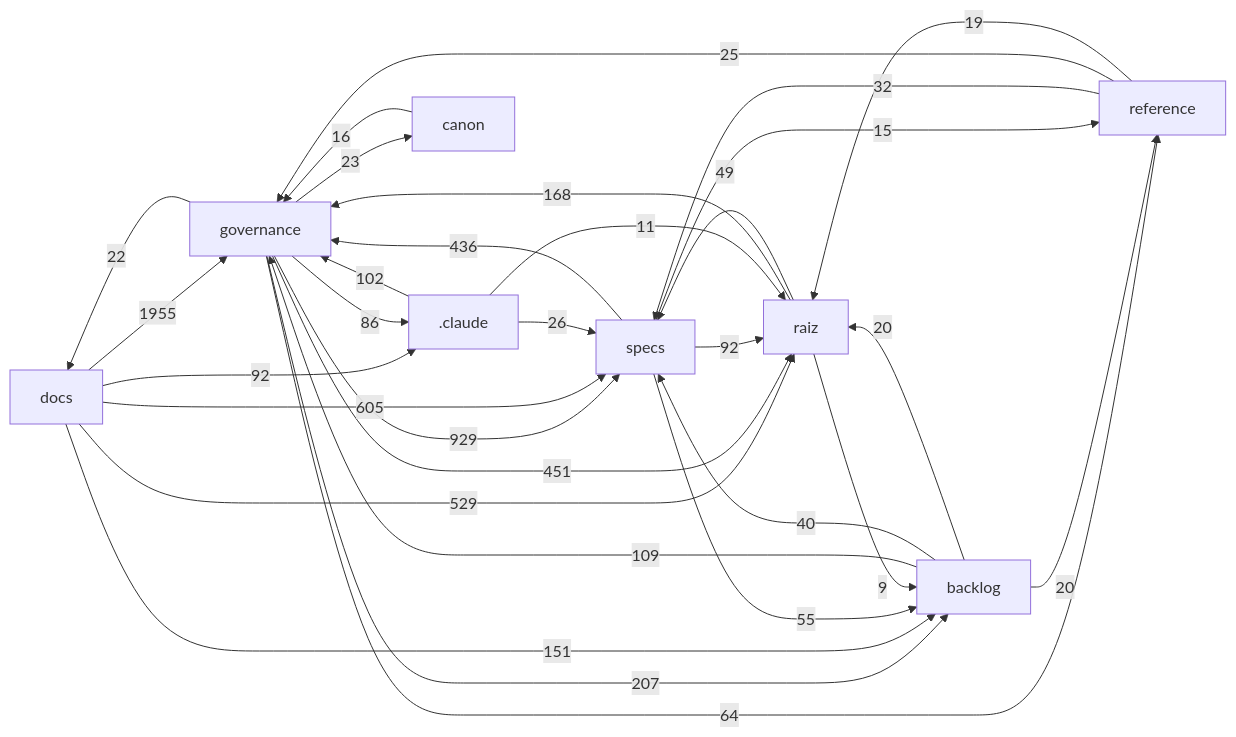
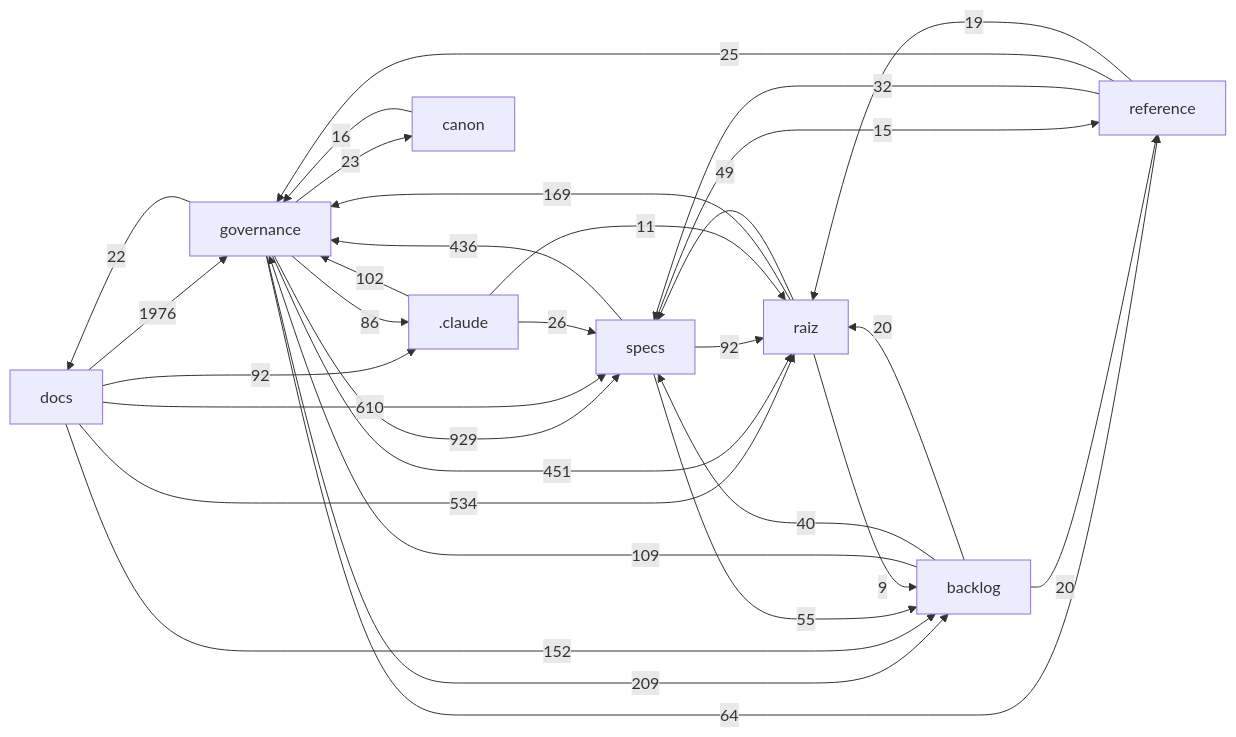
The diagram in docs/mapa/MAPA-PROJETO.md (Andraus35/Sistema-Operacional-de-Trading--SOT), drawn with Mermaid before and after one commit. The commit also changed other lines of this file and 10 other files, not shown here.

````diff
--- a/docs/mapa/MAPA-PROJETO.md
+++ b/docs/mapa/MAPA-PROJETO.md
@@ -29,33 +29,33 @@
 ```mermaid
 flowchart LR
-  docs["docs"] -->|1955| governance["governance"]
+  docs["docs"] -->|1976| governance["governance"]
   governance["governance"] -->|929| specs["specs"]
-  docs["docs"] -->|605| specs["specs"]
-  docs["docs"] -->|529| raiz["raiz"]
+  docs["docs"] -->|610| specs["specs"]
+  docs["docs"] -->|534| raiz["raiz"]
   governance["governance"] -->|451| raiz["raiz"]
   specs["specs"] -->|436| governance["governance"]
-  governance["governance"] -->|207| backlog["backlog"]
-  raiz["raiz"] -->|168| governance["governance"]
-  docs["docs"] -->|151| backlog["backlog"]
+  governance["governance"] -->|209| backlog["backlog"]
+  raiz["raiz"] -->|169| governance["governance"]
+  docs["docs"] -->|152| backlog["backlog"]
   backlog["backlog"] -->|109| governance["governance"]
   _claude[".claude"] -->|102| governance["governance"]
   docs["docs"] -->|92| _claude[".claude"]
   specs["specs"] -->|92| raiz["raiz"]
   governance["governance"] -->|86| _claude[".claude"]
   governance["governance"] -->|64| reference["reference"]
   specs["specs"] -->|55| backlog["backlog"]
   raiz["raiz"] -->|49| specs["specs"]
   backlog["backlog"] -->|40| specs["specs"]
   reference["reference"] -->|32| specs["specs"]
   _claude[".claude"] -->|26| specs["specs"]
   reference["reference"] -->|25| governance["governance"]
   governance["governance"] -->|23| canon["canon"]
   governance["governance"] -->|22| docs["docs"]
   backlog["backlog"] -->|20| raiz["raiz"]
   backlog["backlog"] -->|20| reference["reference"]
   reference["reference"] -->|19| raiz["raiz"]
   canon["canon"] -->|16| governance["governance"]
   specs["specs"] -->|15| reference["reference"]
   _claude[".claude"] -->|11| raiz["raiz"]
   raiz["raiz"] -->|9| backlog["backlog"]
 ```
````
